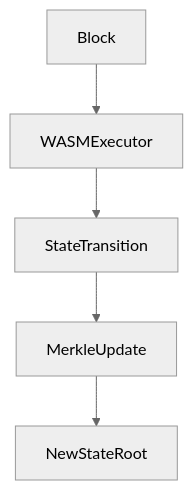
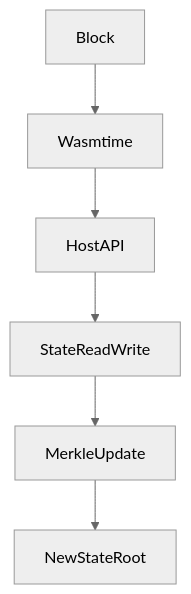
The third of 4 diagrams in README.md (echenim/Bedrock), drawn with Mermaid (neutral theme) before and after one commit. The commit also changed other lines of this file, not shown here.

````diff
--- a/README.md
+++ b/README.md
@@ -95,7 +186,8 @@
 ``` mermaid
 flowchart TD
-    Block --> WASMExecutor
-    WASMExecutor --> StateTransition
-    StateTransition --> MerkleUpdate
+    Block --> Wasmtime
+    Wasmtime --> HostAPI
+    HostAPI --> StateReadWrite
+    StateReadWrite --> MerkleUpdate
     MerkleUpdate --> NewStateRoot
 ```
````
